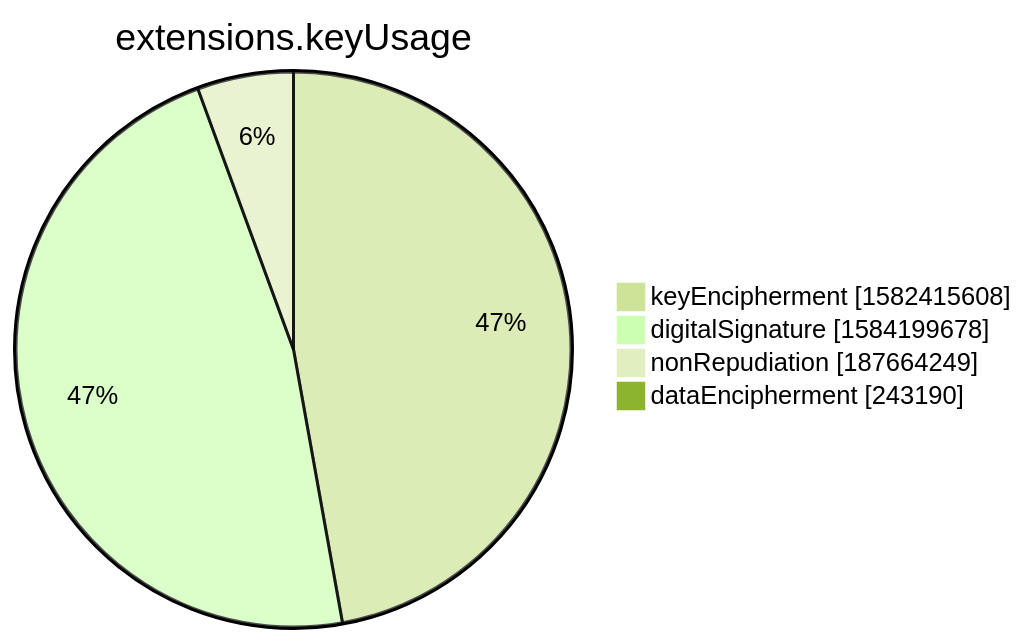
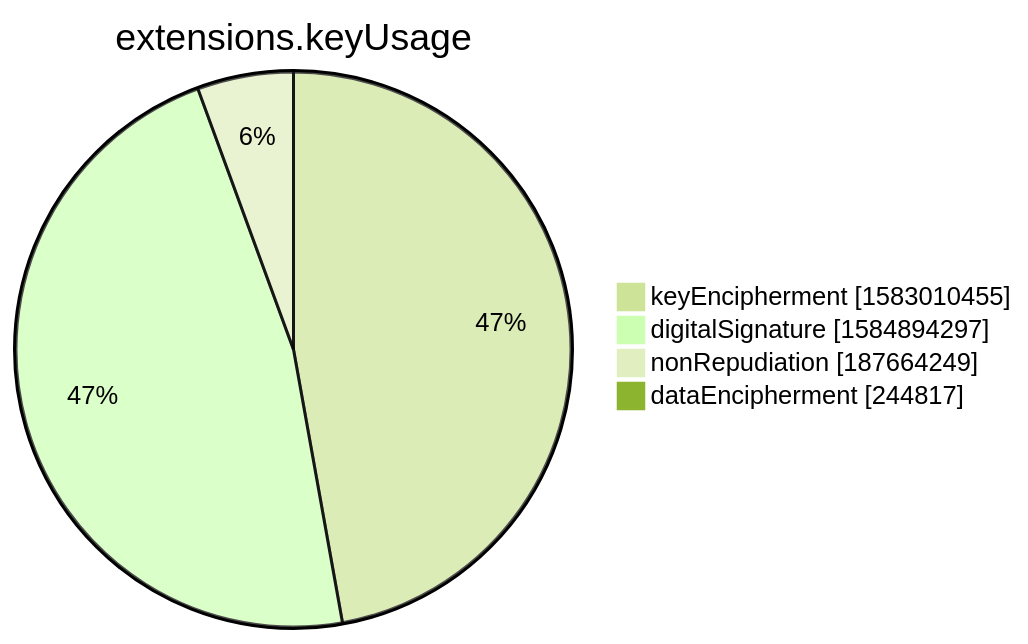
One commit to christiankrug/ctmonitor_visualization changed the seventh of 15 diagrams in xenon2022/README.md. Above: the diagram before and after it, drawn with Mermaid (forest theme). The commit also changed other lines of this file, not shown here.

````diff
--- a/xenon2022/README.md
+++ b/xenon2022/README.md
@@ -2854,8 +2854,8 @@
 ```mermaid
 pie showData
 title extensions.keyUsage
-"keyEncipherment" :1582415608
-"digitalSignature" :1584199678
+"keyEncipherment" :1583010455
+"digitalSignature" :1584894297
 "nonRepudiation" :187664249
-"dataEncipherment" :243190
+"dataEncipherment" :244817
 ```
````
